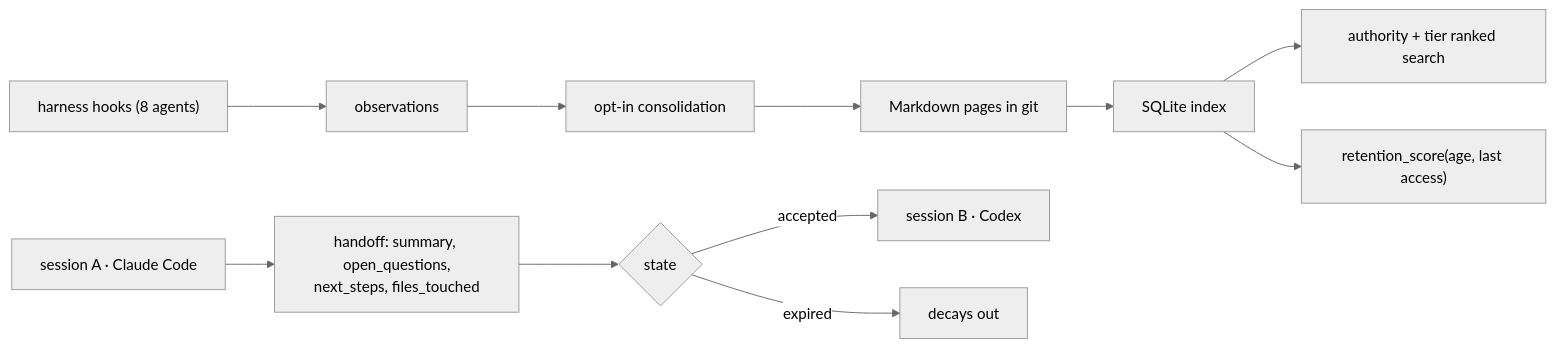
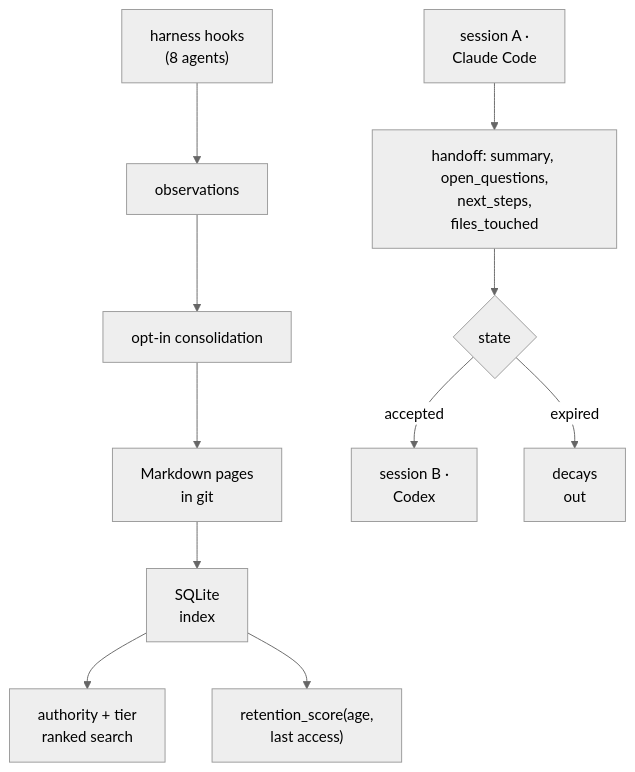
One commit to neoneye/agent-memory-atlas changed the diagram in content/systems/ai-memory.md. Above: the diagram before and after it, drawn with Mermaid (neutral theme). The commit also changed 99 other files, not shown here.

First line of the commit message:
Reshape the remaining 49 diagrams so their labels are legible

````diff
--- a/content/systems/ai-memory.md
+++ b/content/systems/ai-memory.md
@@ -120,13 +120,13 @@
 ```mermaid
-flowchart LR
-  H["harness hooks (8 agents)"] --> Obs["observations"]
+flowchart TD
+  H["harness hooks<br/>(8 agents)"] --> Obs["observations"]
   Obs --> Cons["opt-in consolidation"]
-  Cons --> Pages["Markdown pages in git"]
-  Pages --> Idx["SQLite index"]
-  Idx --> Search["authority + tier ranked search"]
-  Idx --> Ret["retention_score(age, last access)"]
-  Sess1["session A · Claude Code"] --> HO["handoff: summary, open_questions,\nnext_steps, files_touched"]
+  Cons --> Pages["Markdown pages<br/>in git"]
+  Pages --> Idx["SQLite<br/>index"]
+  Idx --> Search["authority + tier<br/>ranked search"]
+  Idx --> Ret["retention_score(age,<br/>last access)"]
+  Sess1["session A ·<br/>Claude Code"] --> HO["handoff: summary, open_questions,\nnext_steps,<br/>files_touched"]
   HO --> St{"state"}
-  St -->|accepted| Sess2["session B · Codex"]
-  St -->|expired| Gone["decays out"]
+  St -->|accepted| Sess2["session B ·<br/>Codex"]
+  St -->|expired| Gone["decays<br/>out"]
 ```
````
